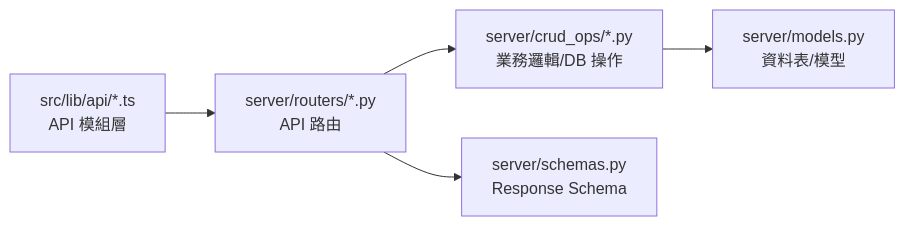
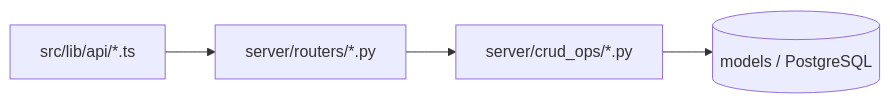
The first of 2 diagrams in docs/product/data-flows.md (Shawn-csy/write_project), drawn with Mermaid before and after one commit. The commit also changed other lines of this file and 6 other files, not shown here.

````diff
--- a/docs/product/data-flows.md
+++ b/docs/product/data-flows.md
@@ -9,7 +7,6 @@
 ```mermaid
 flowchart LR
-  A[src/lib/api/*.ts\nAPI 模組層] --> B[server/routers/*.py\nAPI 路由]
-  B --> C[server/crud_ops/*.py\n業務邏輯/DB 操作]
-  C --> D[server/models.py\n資料表/模型]
-  B --> E[server/schemas.py\nResponse Schema]
+  FE[src/lib/api/*.ts] --> RT[server/routers/*.py]
+  RT --> CRUD[server/crud_ops/*.py]
+  CRUD --> DB[(models / PostgreSQL)]
 ```
````
